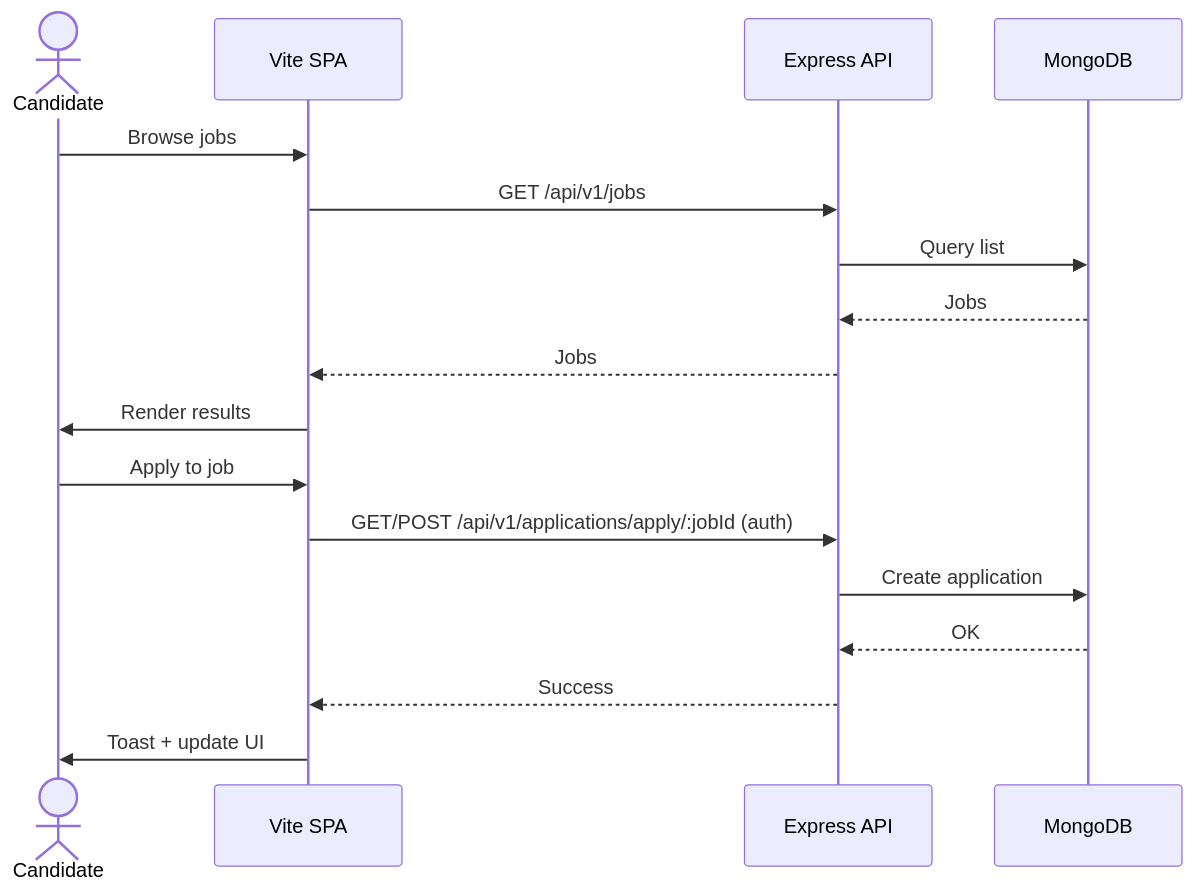
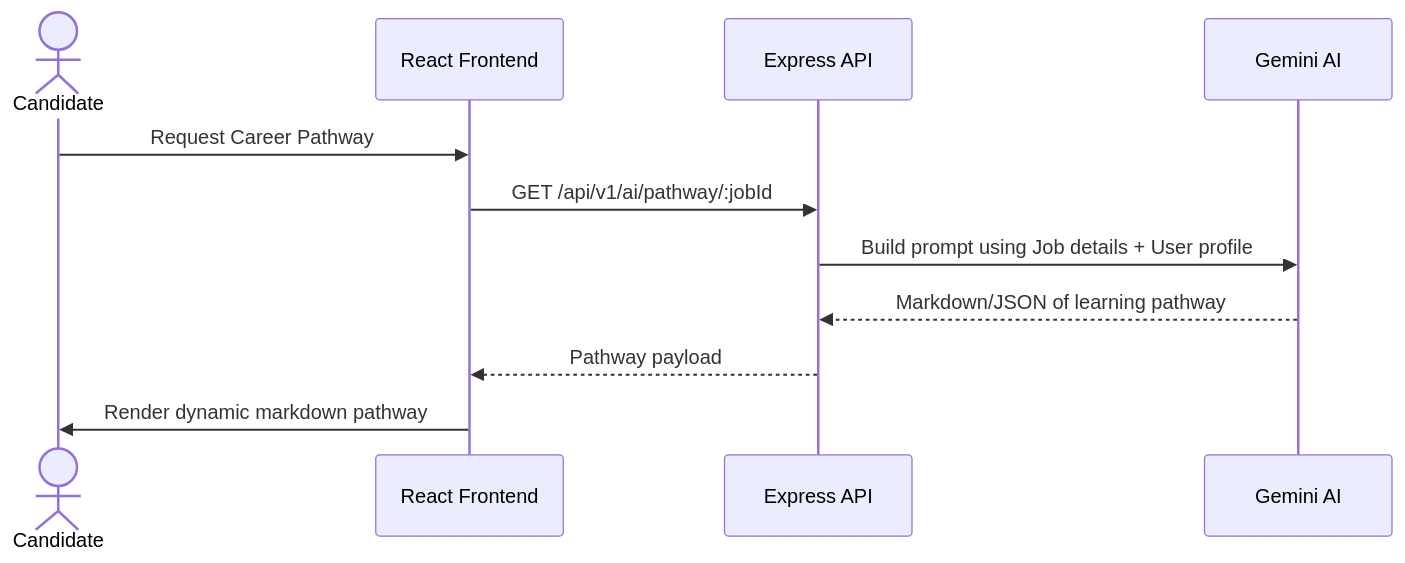
The fourth of 4 diagrams in README.md (pavan800869/CareerLens), drawn with Mermaid before and after one commit. The commit also changed other lines of this file and 4 other files, not shown here.

````diff
--- a/README.md
+++ b/README.md
@@ -147,21 +103,14 @@
 ```mermaid
 sequenceDiagram
   actor Candidate
-  participant SPA as Vite SPA
+  participant SPA as React Frontend
   participant API as Express API
-  participant BDB as MongoDB
+  participant AI as Gemini AI
 
-  Candidate->>SPA: Browse jobs
-  SPA->>API: GET /api/v1/jobs
-  API->>BDB: Query list
-  BDB-->>API: Jobs
-  API-->>SPA: Jobs
-  SPA->>Candidate: Render results
-
-  Candidate->>SPA: Apply to job
-  SPA->>API: GET/POST /api/v1/applications/apply/:jobId (auth)
-  API->>BDB: Create application
-  BDB-->>API: OK
-  API-->>SPA: Success
-  SPA->>Candidate: Toast + update UI
+  Candidate->>SPA: Request Career Pathway
+  SPA->>API: GET /api/v1/ai/pathway/:jobId
+  API->>AI: Build prompt using Job details + User profile
+  AI-->>API: Markdown/JSON of learning pathway
+  API-->>SPA: Pathway payload
+  SPA->>Candidate: Render dynamic markdown pathway
 ```
````
